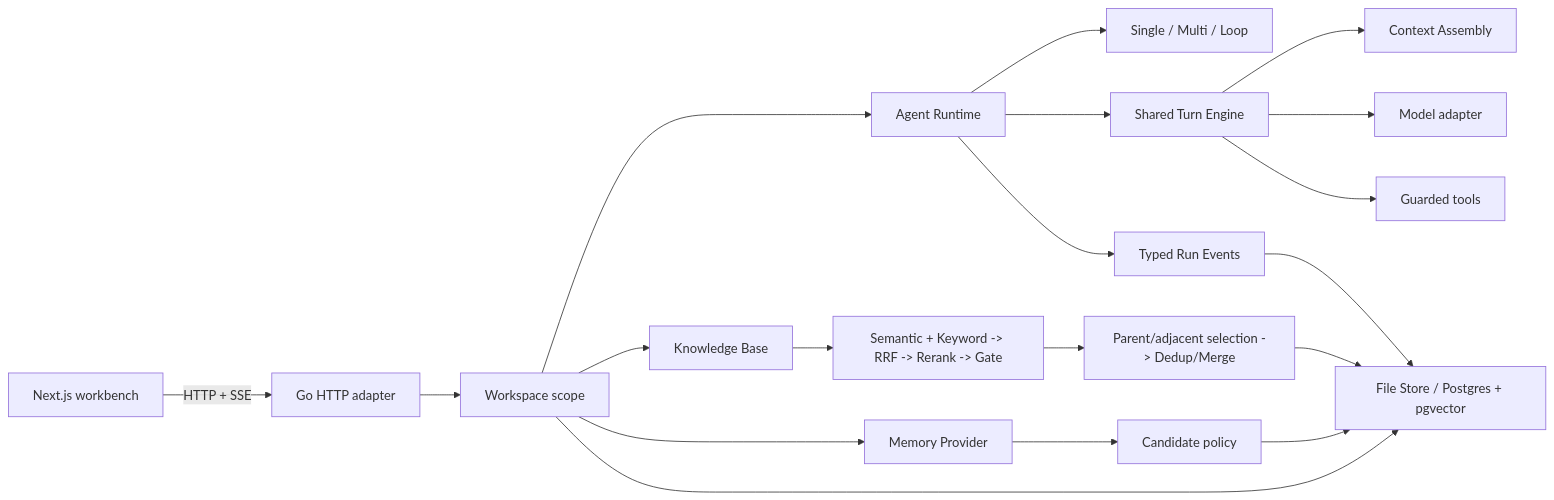
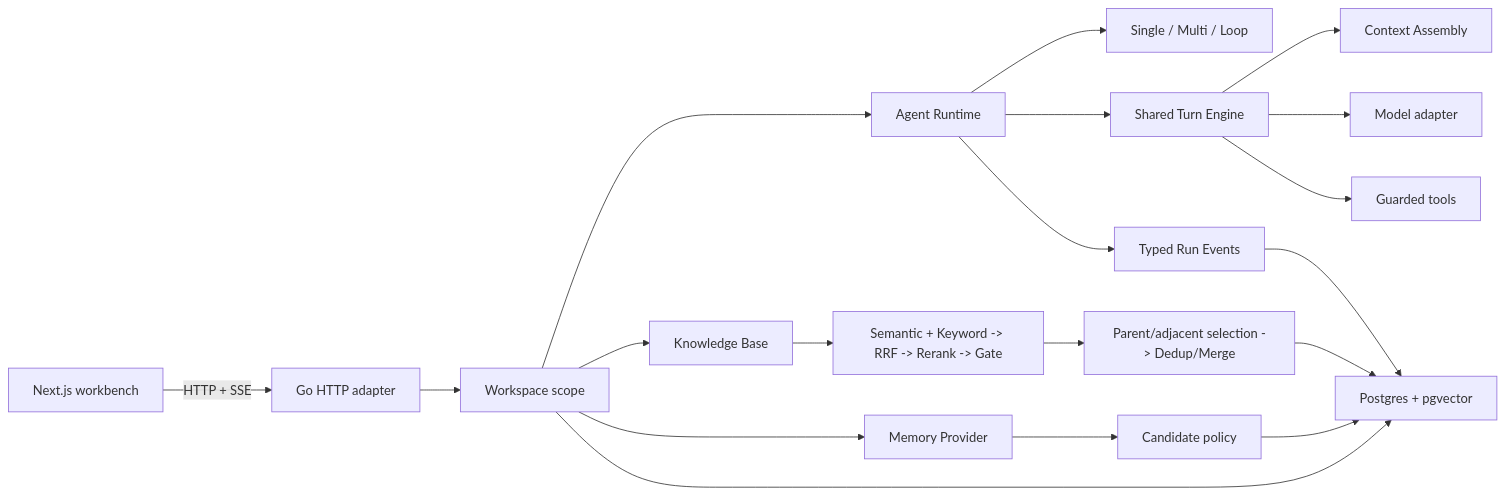
One commit to hoiyd/agentflow-platform changed the diagram in README.md. Above: the diagram before and after it, drawn with Mermaid. The commit also changed other lines of this file and 146 other files, not shown here.

````diff
--- a/README.md
+++ b/README.md
@@ -104,21 +104,21 @@
 ```mermaid
 flowchart LR
     UI["Next.js workbench"] -->|"HTTP + SSE"| HTTP["Go HTTP adapter"]
     HTTP --> Scope["Workspace scope"]
     Scope --> Runtime["Agent Runtime"]
     Runtime --> Modes["Single / Multi / Loop"]
     Runtime --> Turn["Shared Turn Engine"]
     Turn --> Context["Context Assembly"]
     Turn --> Model["Model adapter"]
     Turn --> Tools["Guarded tools"]
     Runtime --> Events["Typed Run Events"]
     Scope --> Knowledge["Knowledge Base"]
     Knowledge --> Retrieval["Semantic + Keyword -> RRF -> Rerank -> Gate"]
     Retrieval --> Transform["Parent/adjacent selection -> Dedup/Merge"]
     Scope --> Memory["Memory Provider"]
     Memory --> Candidates["Candidate policy"]
-    Scope --> Store["File Store / Postgres + pgvector"]
+    Scope --> Store["Postgres + pgvector"]
     Events --> Store
     Candidates --> Store
     Transform --> Store
 ```
````
